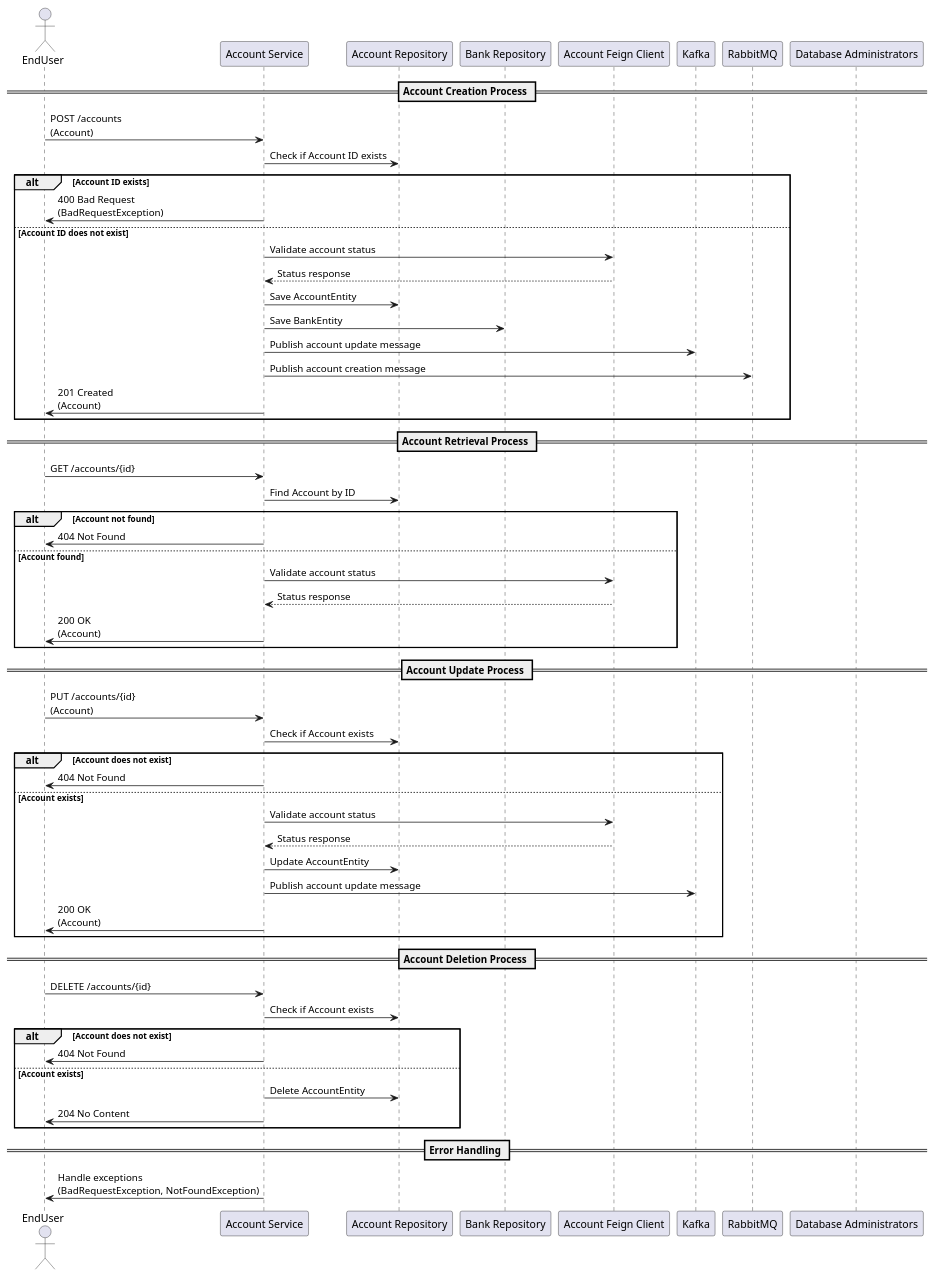
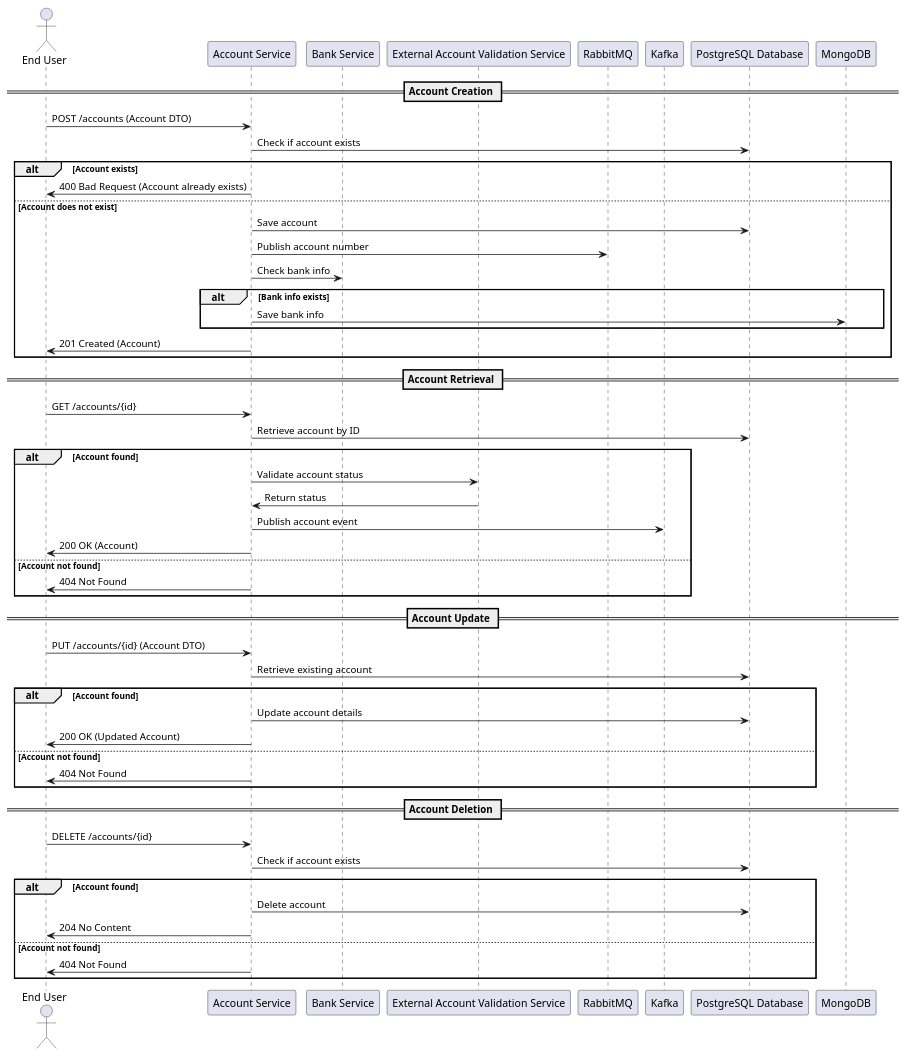
One commit to Bhaskar-Pavan/AccountService changed the diagram in design_document/Account_service.md. Above: the diagram before and after it, drawn with PlantUML. The commit also changed other lines of this file, not shown here.

````diff
--- a/design_document/Account_service.md
+++ b/design_document/Account_service.md
@@ -41,65 +47,60 @@
 ```plantuml
 @startuml
-actor EndUser
+actor "End User" as User
 participant "Account Service" as AccountService
-participant "Account Repository" as AccountRepo
-participant "Bank Repository" as BankRepo
-participant "Account Feign Client" as AccountFeignClient
+participant "Bank Service" as BankService
+participant "External Account Validation Service" as ValidationService
+participant "RabbitMQ" as RabbitMQ
 participant "Kafka" as Kafka
-participant "RabbitMQ" as RabbitMQ
-participant "Database Administrators" as DBAdmins
+participant "PostgreSQL Database" as PostgreSQL
+participant "MongoDB" as MongoDB
 
-== Account Creation Process ==
-EndUser -> AccountService: POST /accounts\n(Account)
-AccountService -> AccountRepo: Check if Account ID exists
-alt Account ID exists
-    AccountService -> EndUser: 400 Bad Request\n(BadRequestException)
-else Account ID does not exist
-    AccountService -> AccountFeignClient: Validate account status
-    AccountFeignClient --> AccountService: Status response
-    AccountService -> AccountRepo: Save AccountEntity
-    AccountService -> BankRepo: Save BankEntity
-    AccountService -> Kafka: Publish account update message
-    AccountService -> RabbitMQ: Publish account creation message
-    AccountService -> EndUser: 201 Created\n(Account)
+== Account Creation ==
+User -> AccountService : POST /accounts (Account DTO)
+AccountService -> PostgreSQL : Check if account exists
+alt Account exists
+    AccountService -> User : 400 Bad Request (Account already exists)
+else Account does not exist
+    AccountService -> PostgreSQL : Save account
+    AccountService -> RabbitMQ : Publish account number
+    AccountService -> BankService : Check bank info
+    alt Bank info exists
+        AccountService -> MongoDB : Save bank info
+    end
+    AccountService -> User : 201 Created (Account)
 end
 
-== Account Retrieval Process ==
-EndUser -> AccountService: GET /accounts/{id}
-AccountService -> AccountRepo: Find Account by ID
-alt Account not found
-    AccountService -> EndUser: 404 Not Found
-else Account found
-    AccountService -> AccountFeignClient: Validate account status
-    AccountFeignClient --> AccountService: Status response
-    AccountService -> EndUser: 200 OK\n(Account)
+== Account Retrieval ==
+User -> AccountService : GET /accounts/{id}
+AccountService -> PostgreSQL : Retrieve account by ID
+alt Account found
+    AccountService -> ValidationService : Validate account status
+    ValidationService -> AccountService : Return status
+    AccountService -> Kafka : Publish account event
+    AccountService -> User : 200 OK (Account)
+else Account not found
+    AccountService -> User : 404 Not Found
 end
 
-== Account Update Process ==
-EndUser -> AccountService: PUT /accounts/{id}\n(Account)
-AccountService -> AccountRepo: Check if Account exists
-alt Account does not exist
-    AccountService -> EndUser: 404 Not Found
-else Account exists
-    AccountService -> AccountFeignClient: Validate account status
-    AccountFeignClient --> AccountService: Status response
-    AccountService -> AccountRepo: Update AccountEntity
-    AccountService -> Kafka: Publish account update message
-    AccountService -> EndUser: 200 OK\n(Account)
+== Account Update ==
+User -> AccountService : PUT /accounts/{id} (Account DTO)
+AccountService -> PostgreSQL : Retrieve existing account
+alt Account found
+    AccountService -> PostgreSQL : Update account details
+    AccountService -> User : 200 OK (Updated Account)
+else Account not found
+    AccountService -> User : 404 Not Found
 end
 
-== Account Deletion Process ==
-EndUser -> AccountService: DELETE /accounts/{id}
-AccountService -> AccountRepo: Check if Account exists
-alt Account does not exist
-    AccountService -> EndUser: 404 Not Found
-else Account exists
-    AccountService -> AccountRepo: Delete AccountEntity
-    AccountService -> EndUser: 204 No Content
+== Account Deletion ==
+User -> AccountService : DELETE /accounts/{id}
+AccountService -> PostgreSQL : Check if account exists
+alt Account found
+    AccountService -> PostgreSQL : Delete account
+    AccountService -> User : 204 No Content
+else Account not found
+    AccountService -> User : 404 Not Found
 end
-
-== Error Handling ==
-AccountService -> EndUser: Handle exceptions\n(BadRequestException, NotFoundException)
 
 @enduml
 ```
````
